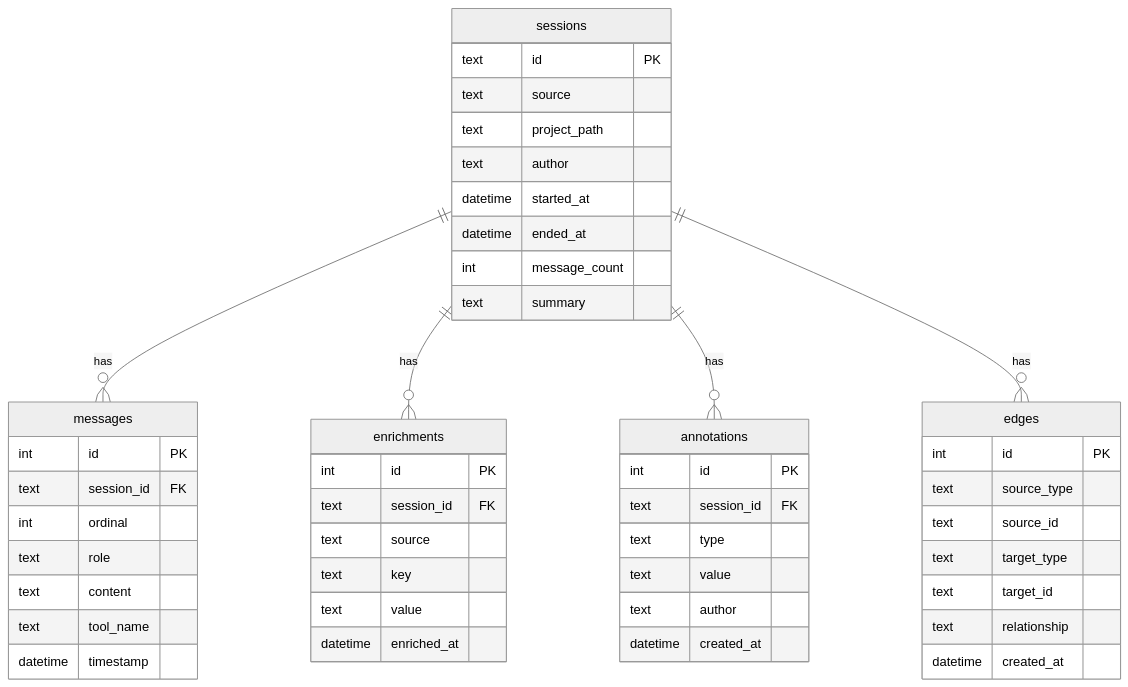
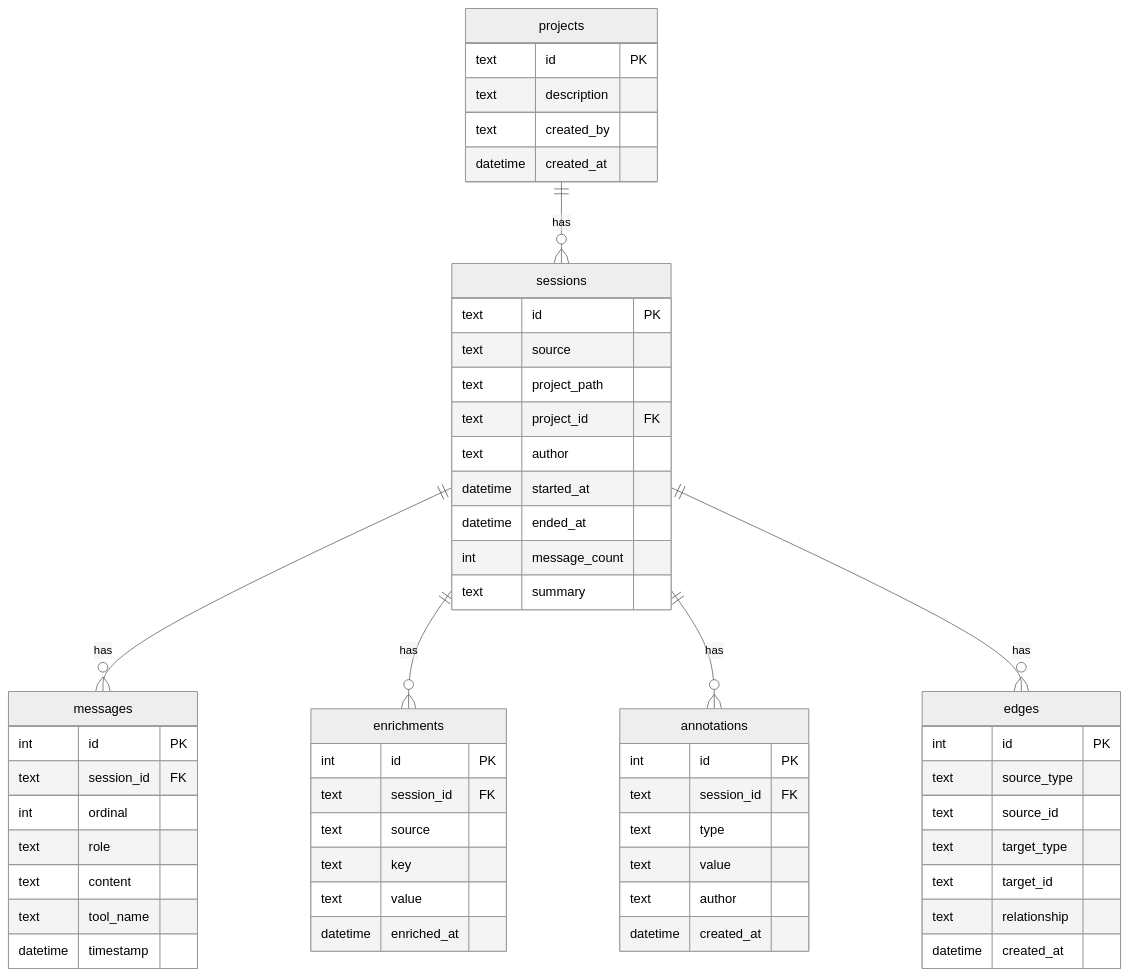
The diagram in docs/architecture/data-model.md (sabre-ai/hive), drawn with Mermaid (neutral theme) before and after one commit. The commit also changed other lines of this file and 17 other files, not shown here.

````diff
--- a/docs/architecture/data-model.md
+++ b/docs/architecture/data-model.md
@@ -7,51 +7,59 @@
 ```mermaid
 erDiagram
     sessions ||--o{ messages : has
     sessions ||--o{ enrichments : has
     sessions ||--o{ annotations : has
     sessions ||--o{ edges : has
+    projects {
+        text id PK
+        text description
+        text created_by
+        datetime created_at
+    }
+    projects ||--o{ sessions : has
     sessions {
         text id PK
         text source
         text project_path
+        text project_id FK
         text author
         datetime started_at
         datetime ended_at
         int message_count
         text summary
     }
     messages {
         int id PK
         text session_id FK
         int ordinal
         text role
         text content
         text tool_name
         datetime timestamp
     }
     enrichments {
         int id PK
         text session_id FK
         text source
         text key
         text value
         datetime enriched_at
     }
     annotations {
         int id PK
         text session_id FK
         text type
         text value
         text author
         datetime created_at
     }
     edges {
         int id PK
         text source_type
         text source_id
         text target_type
         text target_id
         text relationship
         datetime created_at
     }
 ```
````
